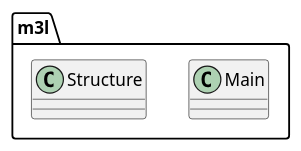
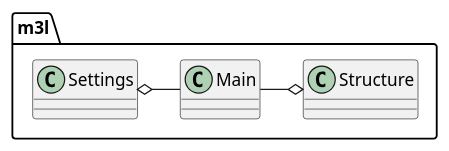
The diagram in docs/phase_diagram.puml (flavianowilliams/M3L), drawn with PlantUML before and after one commit. The commit also changed 12 other files, not shown here.

```diff
--- a/docs/phase_diagram.puml
+++ b/docs/phase_diagram.puml
@@ -1,8 +1,13 @@
 @startuml M3L
 package m3l{
     class Main{
     }
     class Structure{
     }
+    class Settings{
+
+    }
+    Main -o Structure
+    Settings o- Main
 }
 @enduml
```
